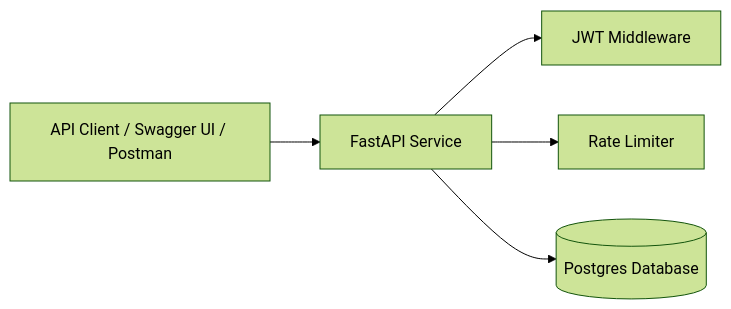
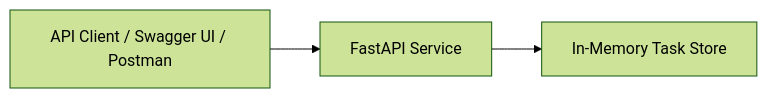
Before and after one commit to bmokrytz/TaskBeacon: the diagram in README.md, drawn with Mermaid (forest theme). The commit also changed other lines of this file, not shown here.

Commit message:
docs: update readme - update readme with current architecture - add local run instructions to readme

````diff
--- a/README.md
+++ b/README.md
@@ -18,7 +20,6 @@
 ```mermaid
 flowchart LR
     Client[API Client / Swagger UI / Postman] --> API[FastAPI Service]
-    API --> Auth[JWT Middleware]
-    API --> RateLimit[Rate Limiter]
-    API --> DB[(Postgres Database)]
+    API --> Storage[In-Memory Task Store]
+
 ```
````
